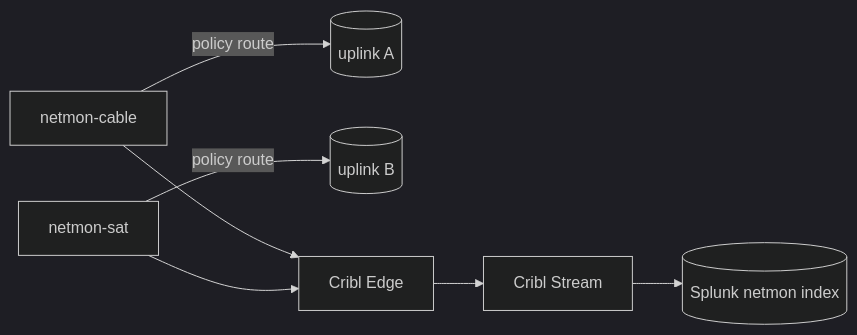
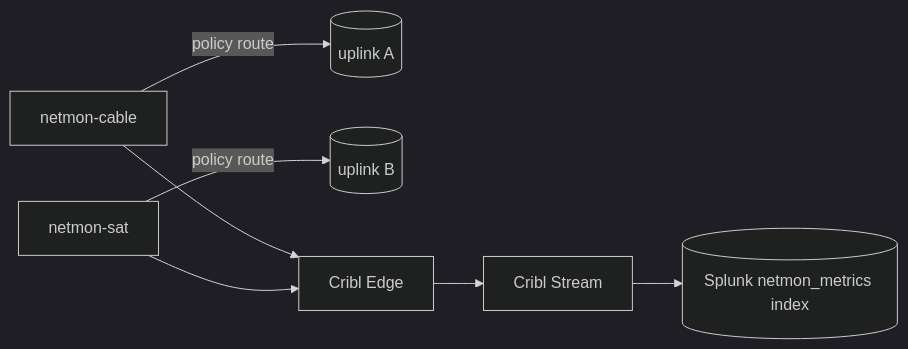
One commit to dryvist/terraform-proxmox changed the diagram in docs/NETWORK_DIAGNOSIS.md. Above: the diagram before and after it, drawn with Mermaid (dark theme). The commit also changed other lines of this file and 2 other files, not shown here.

First line of the commit message:
fix(docs): rename netmon metric index to netmon_metrics (#477)

````diff
--- a/docs/NETWORK_DIAGNOSIS.md
+++ b/docs/NETWORK_DIAGNOSIS.md
@@ -30,8 +30,8 @@
 ```mermaid
 flowchart LR
   C[netmon-cable] -->|policy route| WA[(uplink A)]
   S[netmon-sat] -->|policy route| WB[(uplink B)]
   C --> CE[Cribl Edge]
   S --> CE
-  CE --> CS[Cribl Stream] --> NM[(Splunk netmon index)]
+  CE --> CS[Cribl Stream] --> NM[(Splunk netmon_metrics index)]
 ```
````
